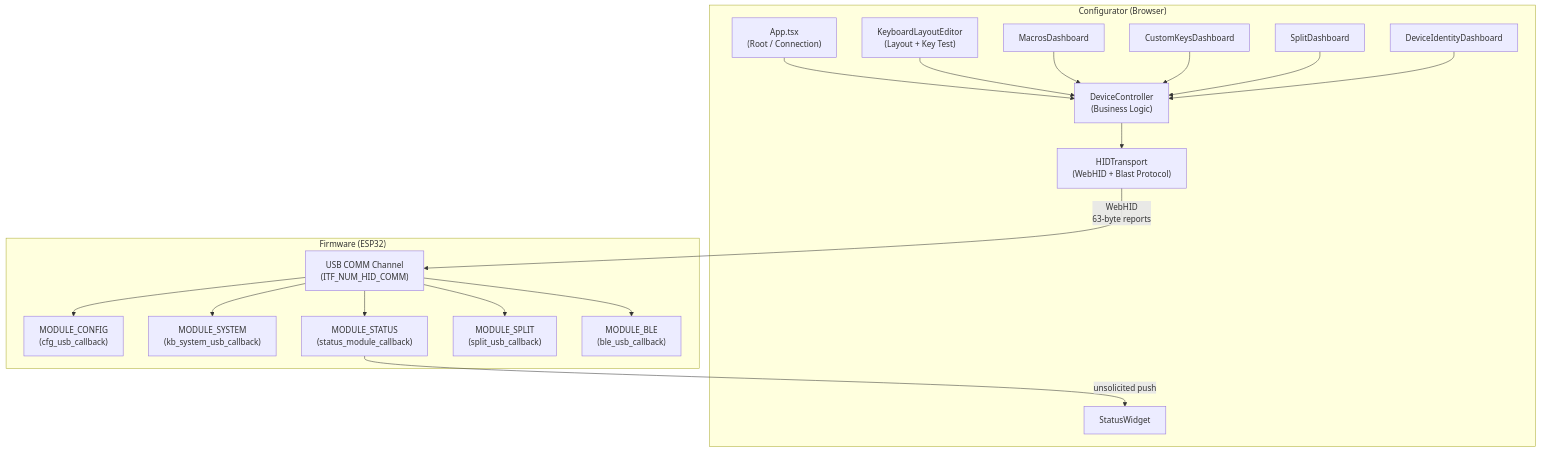
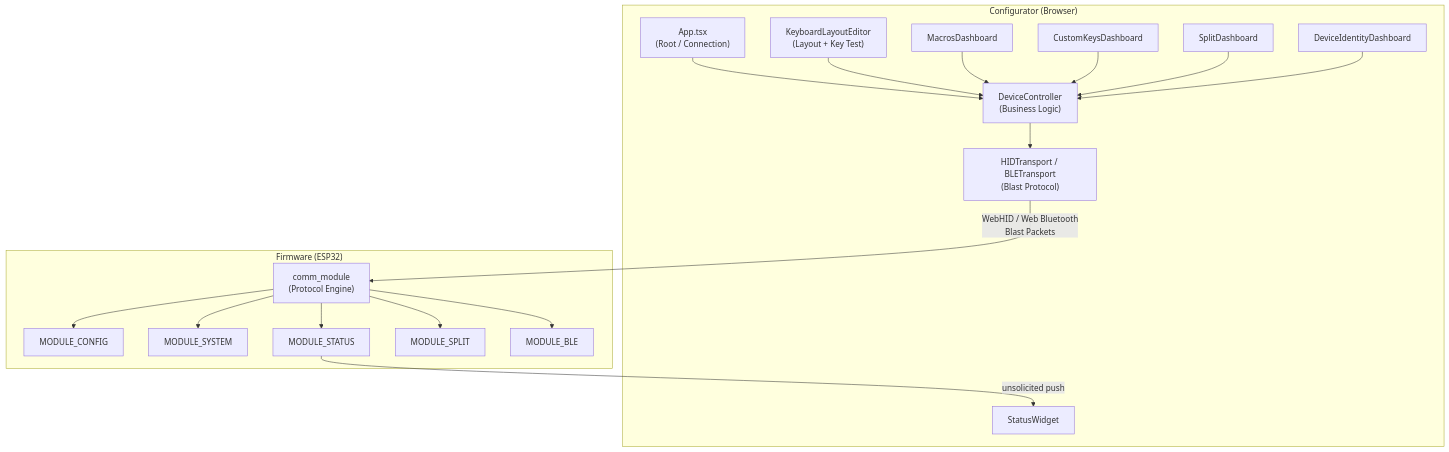
Before and after one commit to frentuka/Tecleados-ESP-Firmware: the diagram in universe/modules/CONFIGURATOR.md, drawn with Mermaid. The commit also changed other lines of this file and 9 other files, not shown here.

Commit message:
updated all documentation to reflect the extraction of the transport-agnostic comm engine and the addition of the new ble comm service

````diff
--- a/universe/modules/CONFIGURATOR.md
+++ b/universe/modules/CONFIGURATOR.md
@@ -157,42 +158,42 @@
 ```mermaid
 graph TD
     subgraph configurator ["Configurator (Browser)"]
         APP["App.tsx\n(Root / Connection)"]
         KLE_UI["KeyboardLayoutEditor\n(Layout + Key Test)"]
         MACRO_UI["MacrosDashboard"]
         CK_UI["CustomKeysDashboard"]
         SPLIT_UI["SplitDashboard"]
         DEV_UI["DeviceIdentityDashboard"]
         STATUS_W["StatusWidget"]
 
         DC["DeviceController\n(Business Logic)"]
-        TRANSPORT["HIDTransport\n(WebHID + Blast Protocol)"]
+        TRANSPORT["HIDTransport / BLETransport\n(Blast Protocol)"]
     end
 
     subgraph firmware ["Firmware (ESP32)"]
-        USB_CB["USB COMM Channel\n(ITF_NUM_HID_COMM)"]
-        CFG["MODULE_CONFIG\n(cfg_usb_callback)"]
-        SYS["MODULE_SYSTEM\n(kb_system_usb_callback)"]
-        STAT["MODULE_STATUS\n(status_module_callback)"]
-        SPL["MODULE_SPLIT\n(split_usb_callback)"]
-        BLE_CB["MODULE_BLE\n(ble_usb_callback)"]
+        COMM_ENG["comm_module\n(Protocol Engine)"]
+        CFG["MODULE_CONFIG"]
+        SYS["MODULE_SYSTEM"]
+        STAT["MODULE_STATUS"]
+        SPL["MODULE_SPLIT"]
+        BLE_CB["MODULE_BLE"]
     end
 
     APP --> DC
     KLE_UI --> DC
     MACRO_UI --> DC
     CK_UI --> DC
     SPLIT_UI --> DC
     DEV_UI --> DC
     DC --> TRANSPORT
 
-    TRANSPORT -- "WebHID\n63-byte reports" --> USB_CB
+    TRANSPORT -- "WebHID / Web Bluetooth\nBlast Packets" --> COMM_ENG
 
-    USB_CB --> CFG
-    USB_CB --> SYS
-    USB_CB --> STAT
-    USB_CB --> SPL
-    USB_CB --> BLE_CB
+    COMM_ENG --> CFG
+    COMM_ENG --> SYS
+    COMM_ENG --> STAT
+    COMM_ENG --> SPL
+    COMM_ENG --> BLE_CB
 
     STAT -- "unsolicited push" --> STATUS_W
 ```
````
